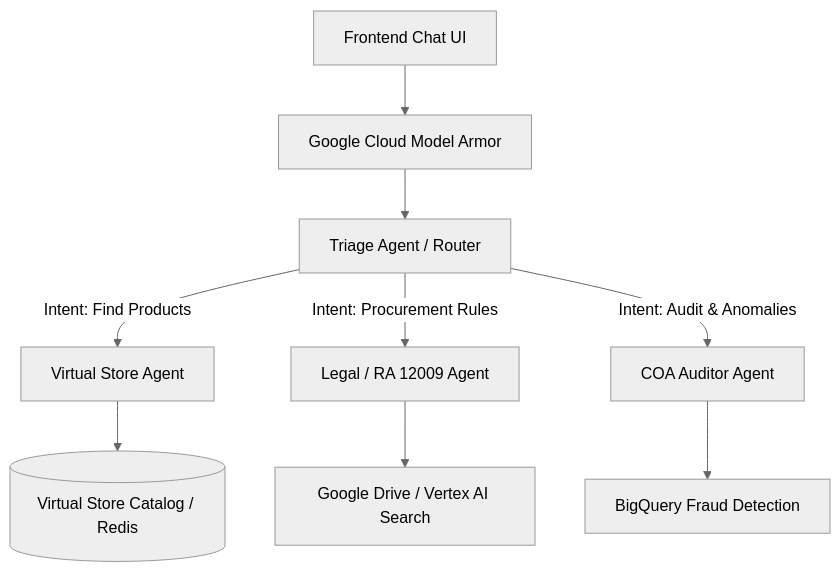
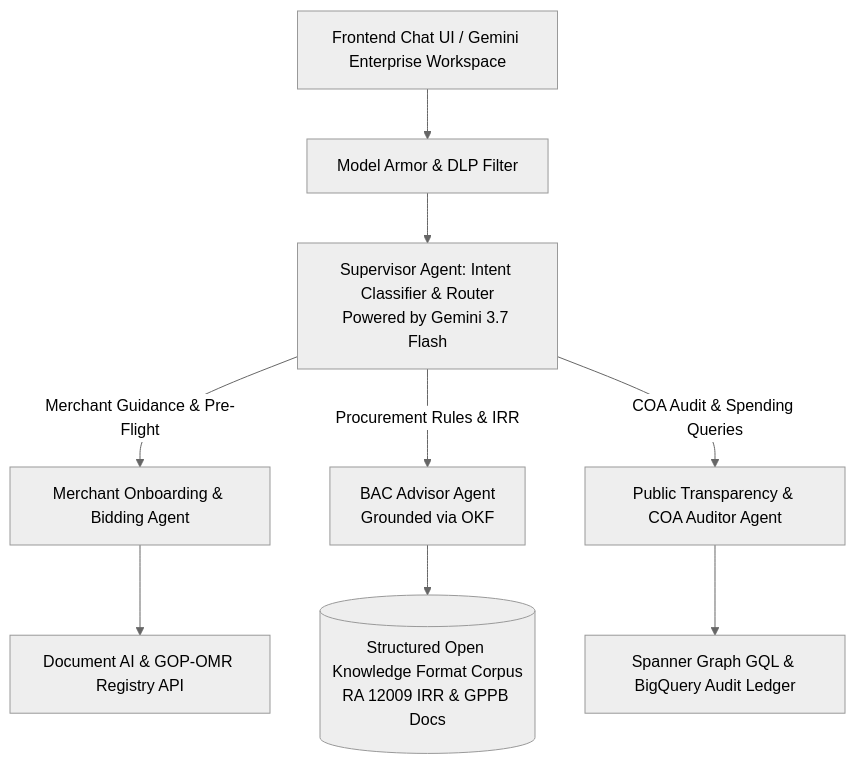
The second of 6 diagrams in mPhilGEPS_GoogleCloud_TDD.md (markea/psdbm-philgeps-2026), drawn with Mermaid (neutral theme) before and after one commit. The commit also changed other lines of this file and 4 other files, not shown here.

First line of the commit message:
Align BRD, TDD, and Implementation Plan with PS-DBM Gemini Requirements Architecture v1.0

````diff
--- a/mPhilGEPS_GoogleCloud_TDD.md
+++ b/mPhilGEPS_GoogleCloud_TDD.md
@@ -140,13 +111,13 @@
 ```mermaid
 graph TD
-    Client[Frontend Chat UI] --> ModelArmor[Google Cloud Model Armor]
-    ModelArmor --> Triage[Triage Agent / Router]
+    UserChat[Frontend Chat UI / Gemini Enterprise Workspace] --> Armor[Model Armor & DLP Filter]
+    Armor --> Supervisor[Supervisor Agent: Intent Classifier & Router<br/>Powered by Gemini 3.7 Flash]
     
-    Triage -->|Intent: Find Products| VSAgent[Virtual Store Agent]
-    Triage -->|Intent: Procurement Rules| LegalAgent[Legal / RA 12009 Agent]
-    Triage -->|Intent: Audit & Anomalies| AuditorAgent[COA Auditor Agent]
+    Supervisor -->|Merchant Guidance & Pre-Flight| BiddingAgent[Merchant Onboarding & Bidding Agent]
+    Supervisor -->|Procurement Rules & IRR| BACAgent[BAC Advisor Agent<br/>Grounded via OKF]
+    Supervisor -->|COA Audit & Spending Queries| AuditorAgent[Public Transparency & COA Auditor Agent]
     
-    VSAgent --> DB[(Virtual Store Catalog / Redis)]
-    LegalAgent --> Drive[Google Drive / Vertex AI Search]
-    AuditorAgent --> BQML[BigQuery Fraud Detection]
+    BiddingAgent --> DocAI_API[Document AI & GOP-OMR Registry API]
+    BACAgent --> OKF_Corpus[(Structured Open Knowledge Format Corpus<br/>RA 12009 IRR & GPPB Docs)]
+    AuditorAgent --> SpannerGQL[Spanner Graph GQL & BigQuery Audit Ledger]
 ```
````
